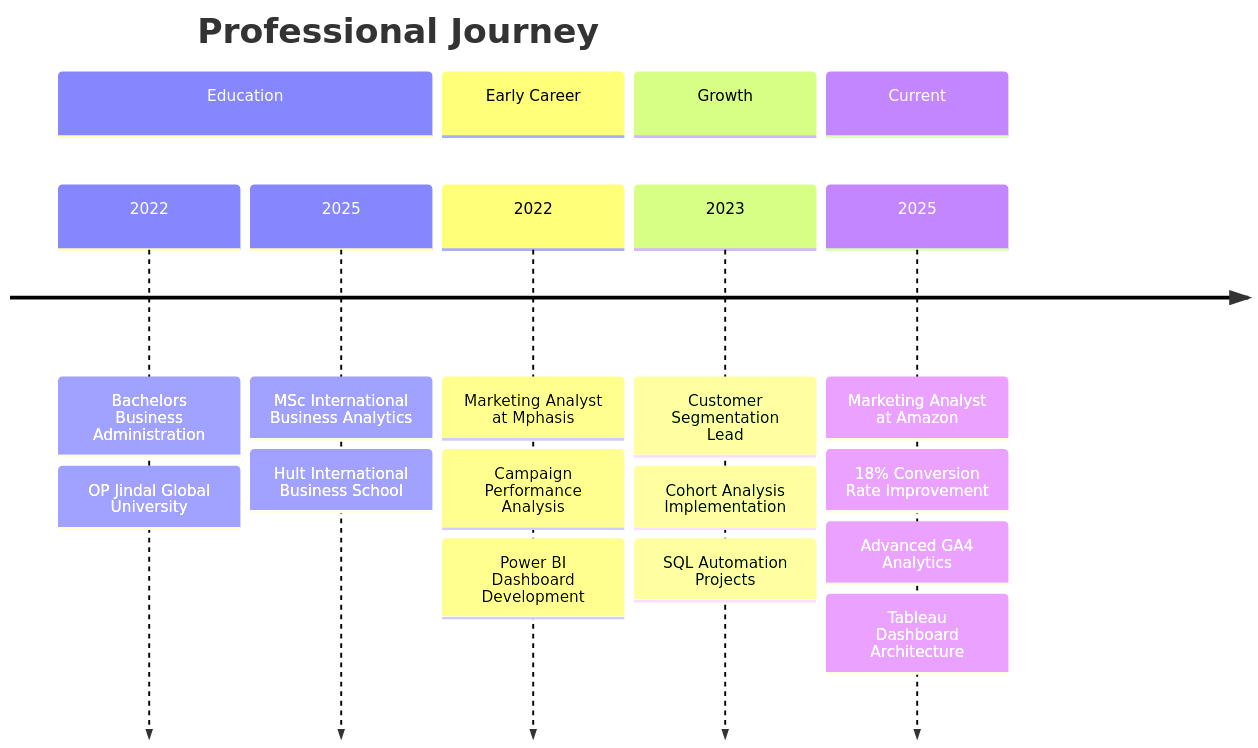
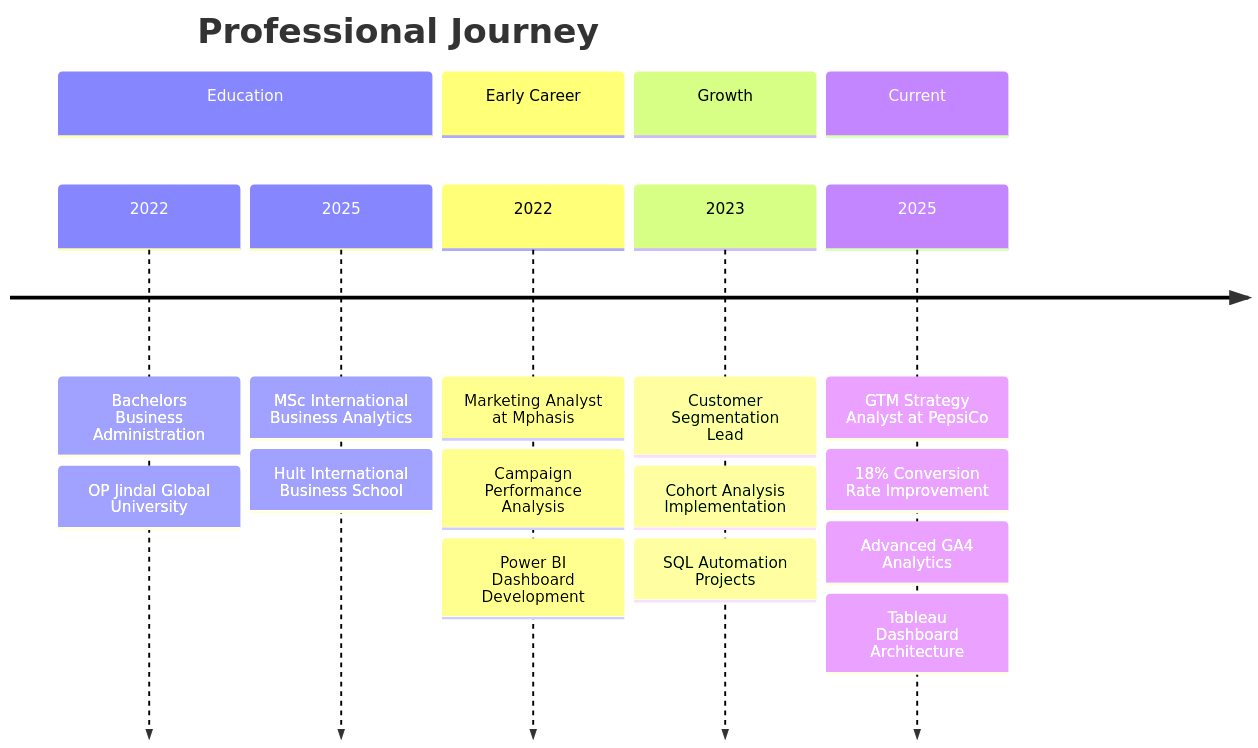
One commit to aryan131199/aryan131199 changed the second of 5 diagrams in README.md. Above: the diagram before and after it, drawn with Mermaid. The commit also changed other lines of this file, not shown here.

Commit message:
Update job title and company in README.md

````diff
--- a/README.md
+++ b/README.md
@@ -75,22 +75,22 @@
 ```mermaid
 timeline
     title Professional Journey
     section Education
       2022 : Bachelors Business Administration
            : OP Jindal Global University
       2025 : MSc International Business Analytics
            : Hult International Business School
     section Early Career
       2022 : Marketing Analyst at Mphasis
            : Campaign Performance Analysis
            : Power BI Dashboard Development
     section Growth
       2023 : Customer Segmentation Lead
            : Cohort Analysis Implementation
            : SQL Automation Projects
     section Current
-      2025 : Marketing Analyst at Amazon
+      2025 : GTM Strategy Analyst at PepsiCo
            : 18% Conversion Rate Improvement
            : Advanced GA4 Analytics
            : Tableau Dashboard Architecture
 ```
````
